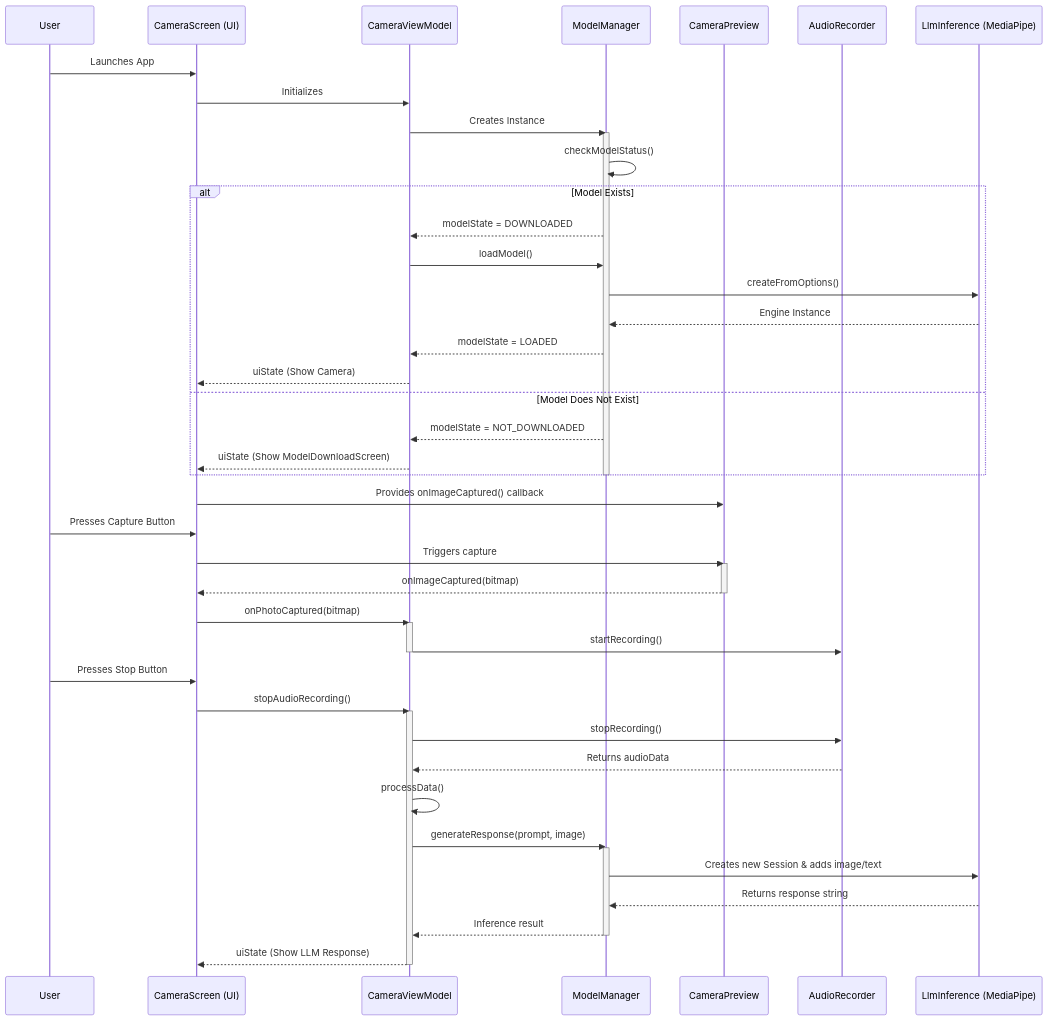
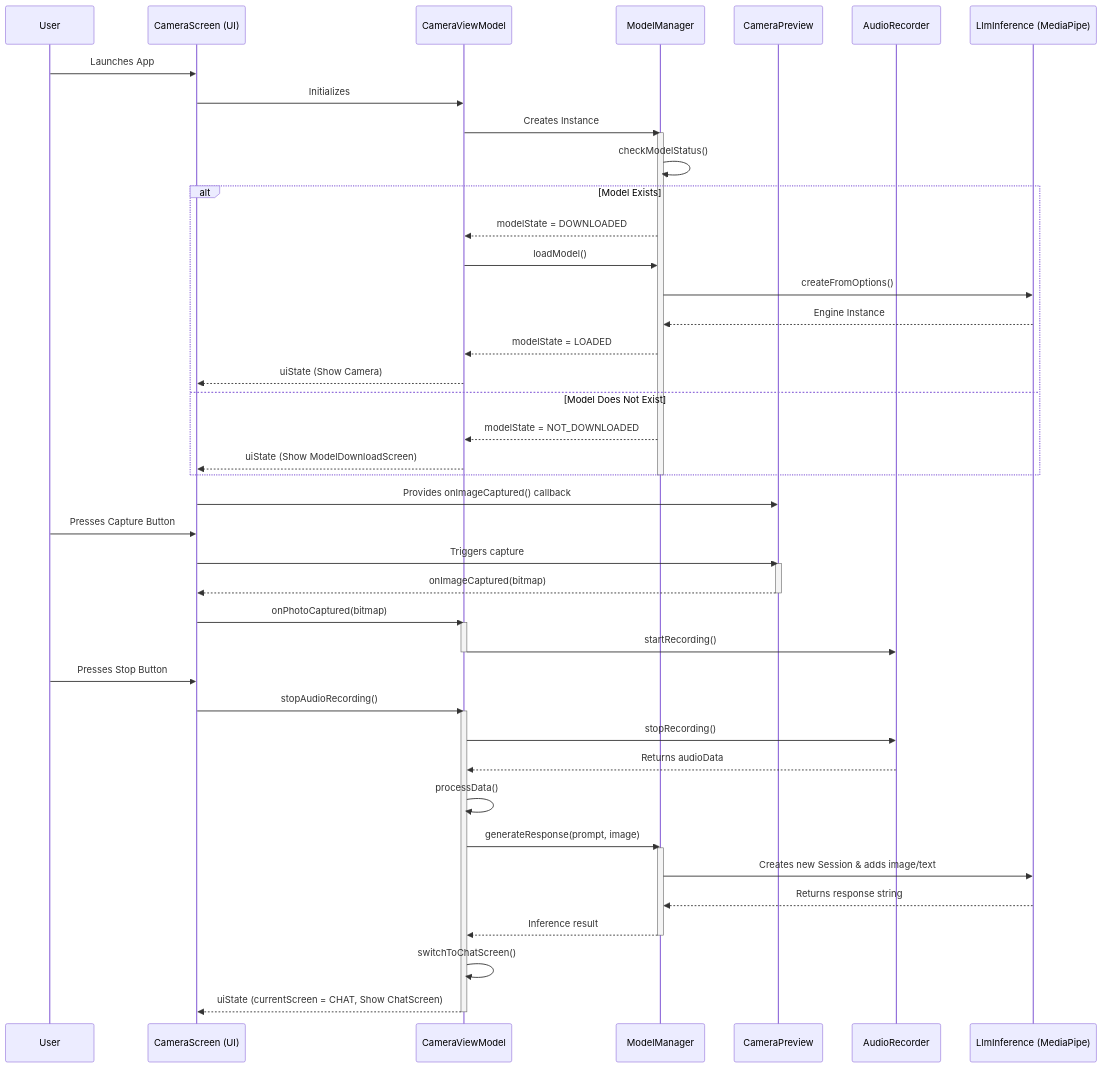
Before and after one commit to JahnKhan/saveme-app: the first of 2 diagrams in README.md, drawn with Mermaid. The commit also changed other lines of this file and 11 other files, not shown here.

````diff
--- a/README.md
+++ b/README.md
@@ -128,61 +164,62 @@
 ```mermaid
 sequenceDiagram
     participant User
     participant CameraScreen (UI)
     participant CameraViewModel
     participant ModelManager
     participant CameraPreview
     participant AudioRecorder
     participant LlmInference (MediaPipe)
 
     User->>CameraScreen (UI): Launches App
 
     %% App Initialization and Model Check
     CameraScreen (UI)->>CameraViewModel: Initializes
     CameraViewModel->>ModelManager: Creates Instance
     activate ModelManager
     ModelManager->>ModelManager: checkModelStatus()
     alt Model Exists
         ModelManager-->>CameraViewModel: modelState = DOWNLOADED
         CameraViewModel->>ModelManager: loadModel()
         ModelManager->>LlmInference (MediaPipe): createFromOptions()
         LlmInference (MediaPipe)-->>ModelManager: Engine Instance
         ModelManager-->>CameraViewModel: modelState = LOADED
         CameraViewModel-->>CameraScreen (UI): uiState (Show Camera)
     else Model Does Not Exist
         ModelManager-->>CameraViewModel: modelState = NOT_DOWNLOADED
         CameraViewModel-->>CameraScreen (UI): uiState (Show ModelDownloadScreen)
     end
     deactivate ModelManager
 
     %% Capture Flow
     CameraScreen (UI)->>CameraPreview: Provides onImageCaptured() callback
 
     User->>CameraScreen (UI): Presses Capture Button
     CameraScreen (UI)->>CameraPreview: Triggers capture
     activate CameraPreview
     CameraPreview-->>CameraScreen (UI): onImageCaptured(bitmap)
     deactivate CameraPreview
 
     CameraScreen (UI)->>CameraViewModel: onPhotoCaptured(bitmap)
     activate CameraViewModel
     CameraViewModel->>AudioRecorder: startRecording()
     deactivate CameraViewModel
 
     %% Stop and Inference Flow
     User->>CameraScreen (UI): Presses Stop Button
     CameraScreen (UI)->>CameraViewModel: stopAudioRecording()
     activate CameraViewModel
     CameraViewModel->>AudioRecorder: stopRecording()
     AudioRecorder-->>CameraViewModel: Returns audioData
     CameraViewModel->>CameraViewModel: processData()
     CameraViewModel->>ModelManager: generateResponse(prompt, image)
     activate ModelManager
     ModelManager->>LlmInference (MediaPipe): Creates new Session & adds image/text
     LlmInference (MediaPipe)-->>ModelManager: Returns response string
     ModelManager-->>CameraViewModel: Inference result
     deactivate ModelManager
-    CameraViewModel-->>CameraScreen (UI): uiState (Show LLM Response)
+    CameraViewModel->>CameraViewModel: switchToChatScreen()
+    CameraViewModel-->>CameraScreen (UI): uiState (currentScreen = CHAT, Show ChatScreen)
     deactivate CameraViewModel
 
 ```
````
